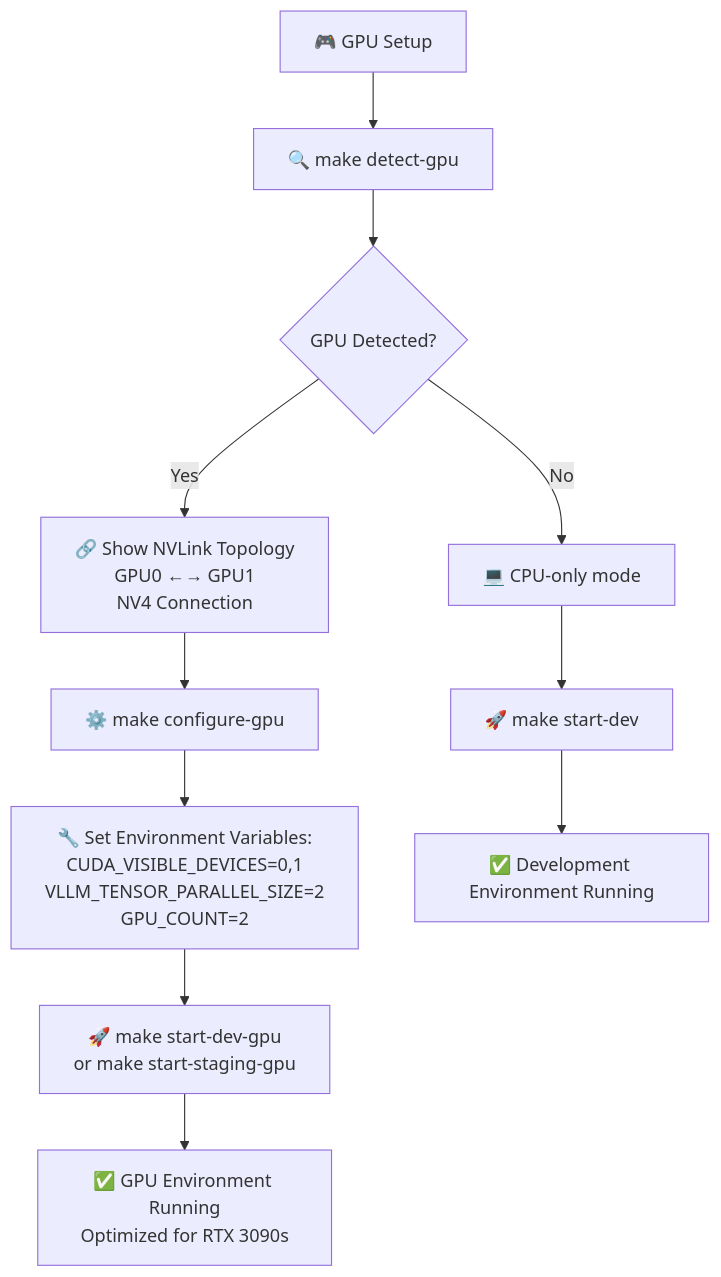
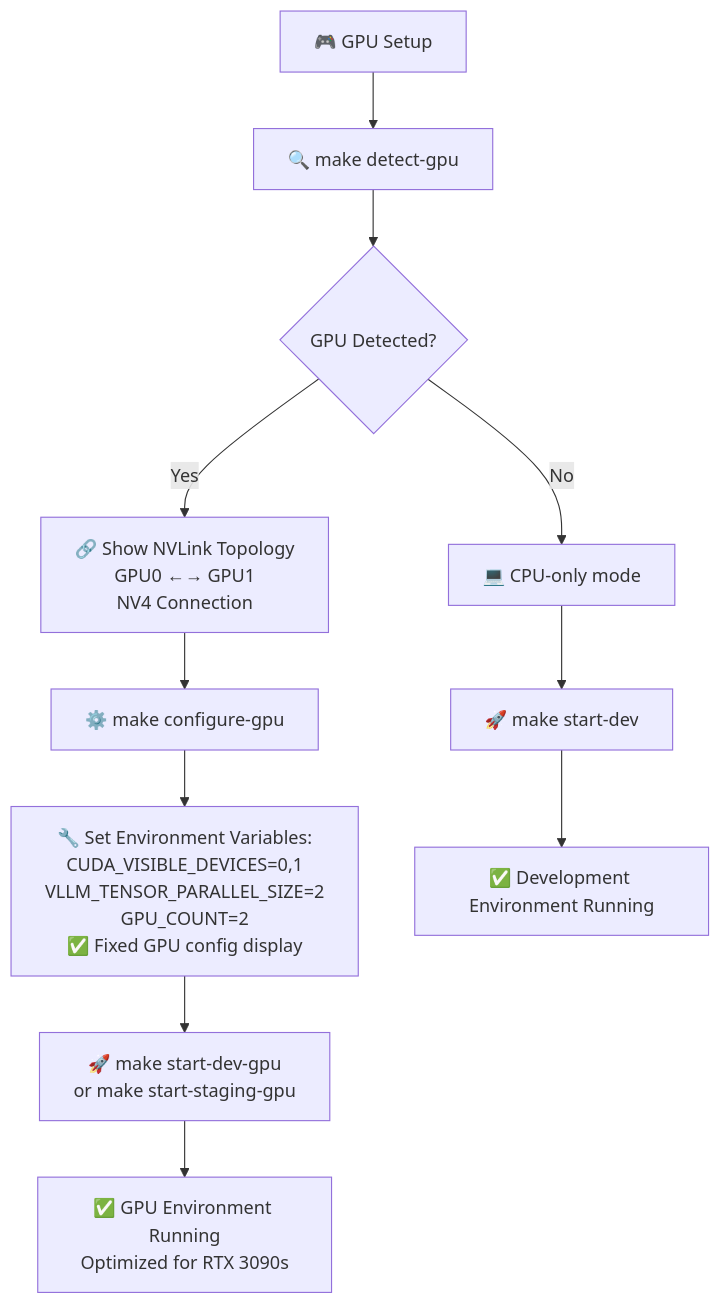
The third of 8 diagrams in ENHANCED_WORKFLOW_DIAGRAM.md (markwoitaszek/llm-multimodal-stack), drawn with Mermaid before and after one commit. The commit also changed other lines of this file and 1 other file, not shown here.

First line of the commit message:
docs: update documentation for GPU config fixes and comprehensive stop commands

````diff
--- a/ENHANCED_WORKFLOW_DIAGRAM.md
+++ b/ENHANCED_WORKFLOW_DIAGRAM.md
@@ -274,17 +274,17 @@
 ```mermaid
 flowchart TD
     GPUSetup["🎮 GPU Setup"] --> DetectGPU["🔍 make detect-gpu"]
     DetectGPU --> GPUFound{"GPU Detected?"}
     
     GPUFound -->|Yes| ShowTopology["🔗 Show NVLink Topology<br/>GPU0 ←→ GPU1<br/>NV4 Connection"]
     GPUFound -->|No| CPUOnly["💻 CPU-only mode"]
     
     ShowTopology --> ConfigureGPU["⚙️ make configure-gpu"]
-    ConfigureGPU --> SetEnvVars["🔧 Set Environment Variables:<br/>CUDA_VISIBLE_DEVICES=0,1<br/>VLLM_TENSOR_PARALLEL_SIZE=2<br/>GPU_COUNT=2"]
+    ConfigureGPU --> SetEnvVars["🔧 Set Environment Variables:<br/>CUDA_VISIBLE_DEVICES=0,1<br/>VLLM_TENSOR_PARALLEL_SIZE=2<br/>GPU_COUNT=2<br/>✅ Fixed GPU config display"]
     
     SetEnvVars --> StartGPU["🚀 make start-dev-gpu<br/>or make start-staging-gpu"]
     StartGPU --> GPURunning["✅ GPU Environment Running<br/>Optimized for RTX 3090s"]
     
     CPUOnly --> StartDev["🚀 make start-dev"]
     StartDev --> DevRunning["✅ Development Environment Running"]
 ```
````
